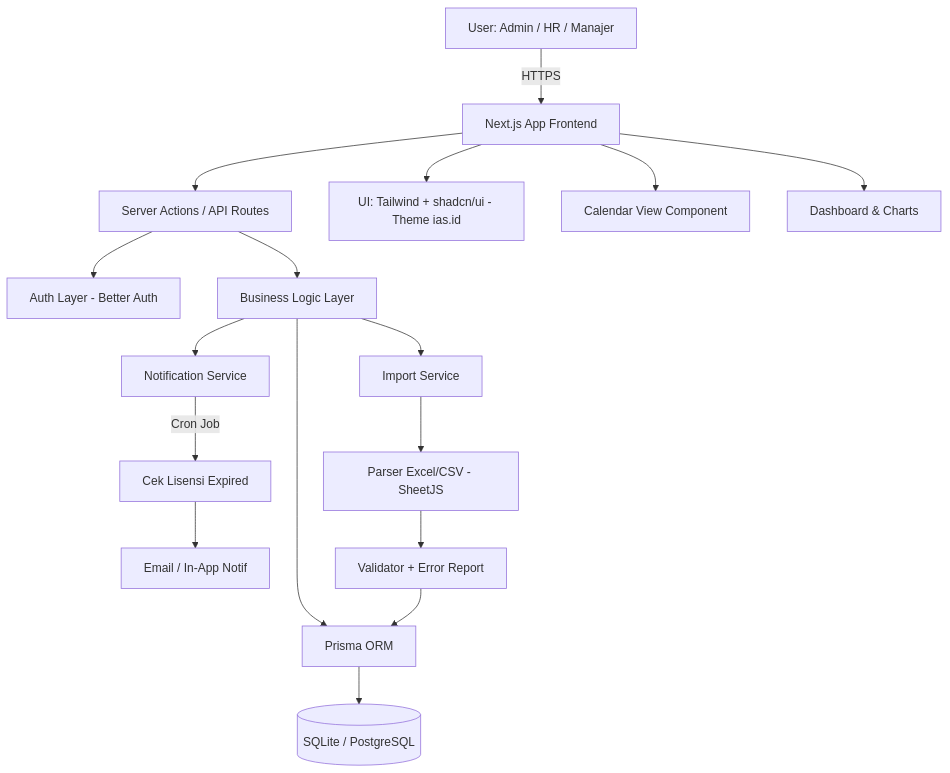
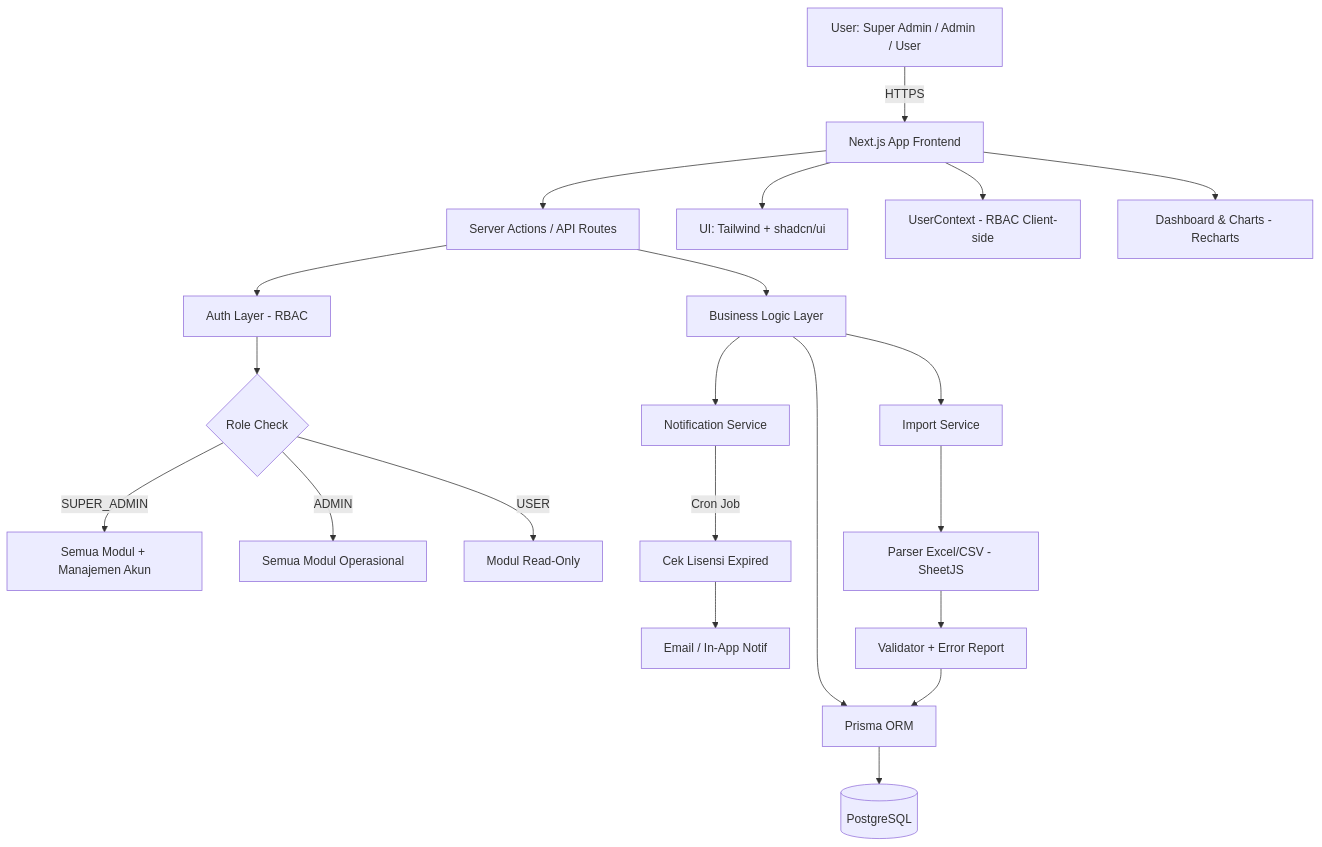
Before and after one commit to appaldyt/Lentera: the first of 2 diagrams in PRD-LENTERA.md, drawn with Mermaid. The commit also changed other lines of this file and 6 other files, not shown here.

First line of the commit message:
feat: add account management page and sidebar navigation for super admin

````diff
--- a/PRD-LENTERA.md
+++ b/PRD-LENTERA.md
@@ -147,19 +207,23 @@
 ```mermaid
 flowchart TD
-    A[User: Admin / HR / Manajer] -->|HTTPS| B[Next.js App Frontend]
+    A[User: Super Admin / Admin / User] -->|HTTPS| B[Next.js App Frontend]
     B --> C[Server Actions / API Routes]
-    C --> D[Auth Layer - Better Auth]
+    C --> D[Auth Layer - RBAC]
+    D --> D1{Role Check}
+    D1 -->|SUPER_ADMIN| E1[Semua Modul + Manajemen Akun]
+    D1 -->|ADMIN| E2[Semua Modul Operasional]
+    D1 -->|USER| E3[Modul Read-Only]
     C --> E[Business Logic Layer]
     E --> F[Prisma ORM]
-    F --> G[(SQLite / PostgreSQL)]
+    F --> G[(PostgreSQL)]
     E --> H[Notification Service]
     H -->|Cron Job| I[Cek Lisensi Expired]
     I --> J[Email / In-App Notif]
     E --> N[Import Service]
     N --> O[Parser Excel/CSV - SheetJS]
     O --> P[Validator + Error Report]
     P --> F
-    B --> K[UI: Tailwind + shadcn/ui - Theme ias.id]
-    B --> L[Calendar View Component]
-    B --> M[Dashboard & Charts]
+    B --> K[UI: Tailwind + shadcn/ui]
+    B --> L[UserContext - RBAC Client-side]
+    B --> M[Dashboard & Charts - Recharts]
 ```
````
